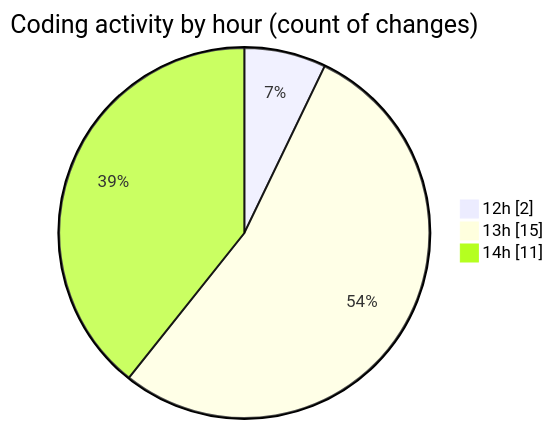
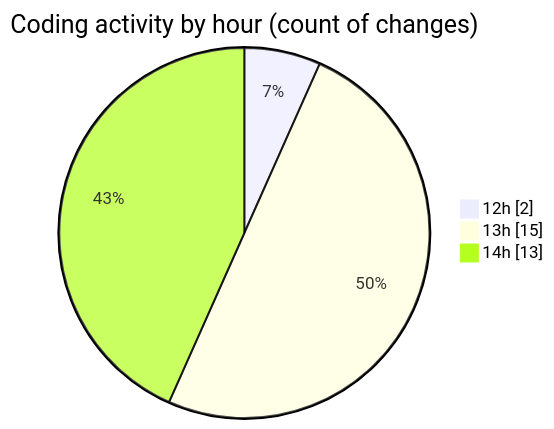
Before and after one commit to idhammustaqopulfikri/code-tracking: the second of 2 diagrams in 2025-11-13/futsal-recommender/README.md, drawn with Mermaid. The commit also changed other lines of this file and 1 other file, not shown here.

````diff
--- a/2025-11-13/futsal-recommender/README.md
+++ b/2025-11-13/futsal-recommender/README.md
@@ -38,7 +38,7 @@
 ```mermaid
 pie showData
 title Coding activity by hour (count of changes)
 "12h" : 2
 "13h" : 15
-"14h" : 11
+"14h" : 13
 ```
````
